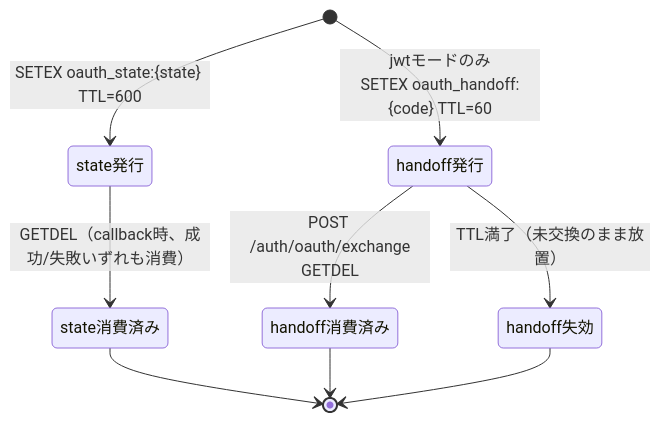
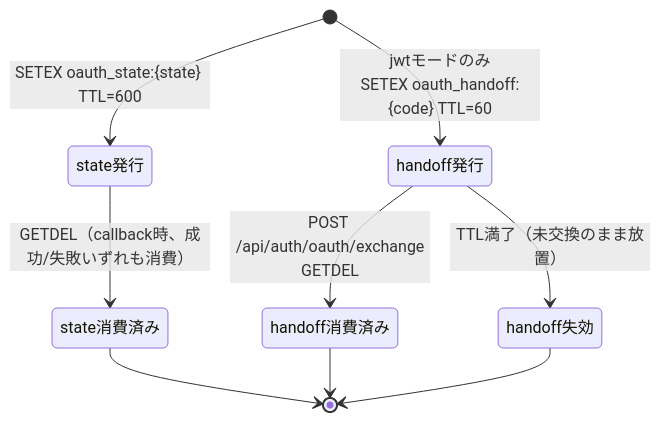
Before and after one commit to oikawa-d/task_management: the fourth of 5 diagrams in docs/detailed_design/auth/04_google_oauth.md, drawn with Mermaid. The commit also changed other lines of this file and 8 other files, not shown here.

````diff
--- a/docs/detailed_design/auth/04_google_oauth.md
+++ b/docs/detailed_design/auth/04_google_oauth.md
@@ -152,12 +156,12 @@
 ```mermaid
 stateDiagram-v2
     [*] --> state発行: SETEX oauth_state:{state} TTL=600
     state発行 --> state消費済み: GETDEL（callback時、成功/失敗いずれも消費）
     state消費済み --> [*]
 
     [*] --> handoff発行: jwtモードのみ<br/>SETEX oauth_handoff:{code} TTL=60
-    handoff発行 --> handoff消費済み: POST /auth/oauth/exchange<br/>GETDEL
+    handoff発行 --> handoff消費済み: POST /api/auth/oauth/exchange<br/>GETDEL
     handoff発行 --> handoff失効: TTL満了（未交換のまま放置）
     handoff消費済み --> [*]
     handoff失効 --> [*]
 ```
````
